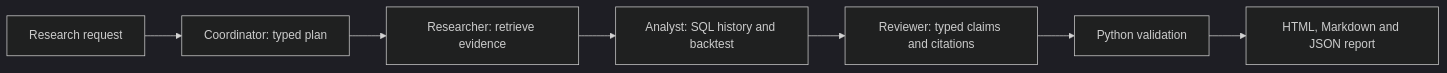
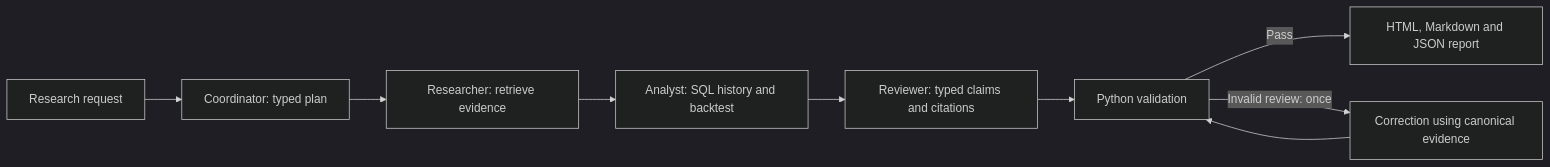
One commit to melihgiray/quant-research-agents changed the diagram in README.md. Above: the diagram before and after it, drawn with Mermaid (dark theme). The commit also changed other lines of this file and 11 other files, not shown here.

Commit message:
Add bounded review correction and isolated evaluation trials

````diff
--- a/README.md
+++ b/README.md
@@ -67,9 +67,11 @@
 ```mermaid
 flowchart LR
     U[Research request] --> P[Coordinator: typed plan]
     P --> R[Researcher: retrieve evidence]
     R --> A[Analyst: SQL history and backtest]
     A --> V[Reviewer: typed claims and citations]
     V --> G[Python validation]
-    G --> O[HTML, Markdown and JSON report]
+    G -->|Pass| O[HTML, Markdown and JSON report]
+    G -->|Invalid review: once| C[Correction using canonical evidence]
+    C --> G
 ```
````
